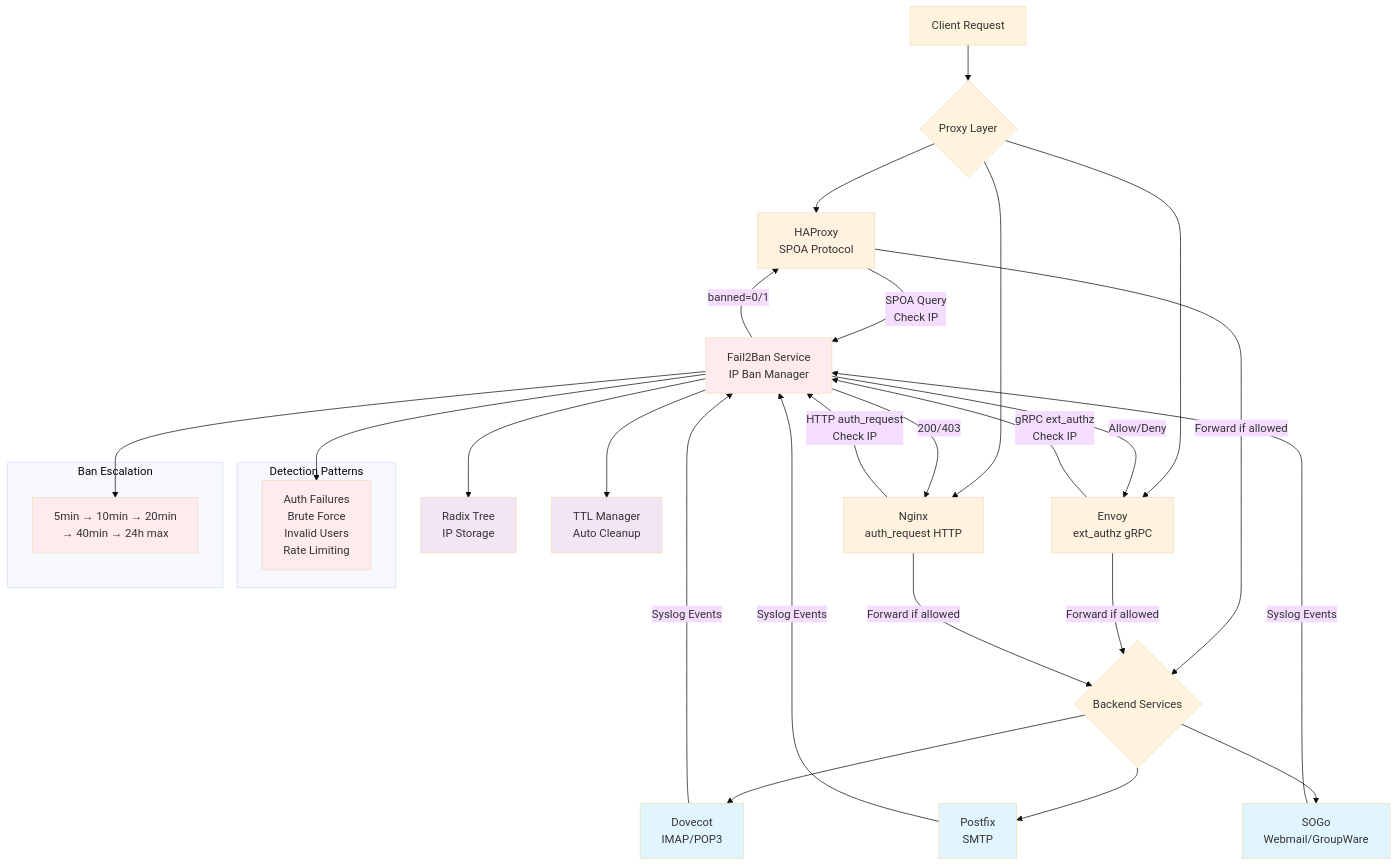
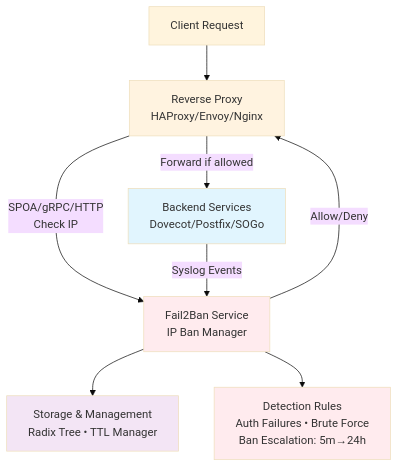
The diagram in README.md (CaboneMailServer/WebFail2Ban), drawn with Mermaid (base theme) before and after one commit. The commit also changed 2 other files, not shown here.

````diff
--- a/README.md
+++ b/README.md
@@ -25,53 +25,24 @@
 ```mermaid
 flowchart TB
-    Client[Client Request] --> Proxy{Proxy Layer}
+    Client[Client Request] --> ReverseProxy[Reverse Proxy<br/>HAProxy/Envoy/Nginx]
 
-    Proxy --> HAProxy[HAProxy<br/>SPOA Protocol]
-    Proxy --> Envoy[Envoy<br/>ext_authz gRPC]
-    Proxy --> Nginx[Nginx<br/>auth_request HTTP]
+    ReverseProxy -->|SPOA/gRPC/HTTP<br/>Check IP| Fail2Ban[Fail2Ban Service<br/>IP Ban Manager]
+    Fail2Ban -->|Allow/Deny| ReverseProxy
 
-    HAProxy -->|SPOA Query<br/>Check IP| Fail2Ban[Fail2Ban Service<br/>IP Ban Manager]
-    Envoy -->|gRPC ext_authz<br/>Check IP| Fail2Ban
-    Nginx -->|HTTP auth_request<br/>Check IP| Fail2Ban
+    ReverseProxy -->|Forward if allowed| Backend[Backend Services<br/>Dovecot/Postfix/SOGo]
 
-    Fail2Ban -->|banned=0/1| HAProxy
-    Fail2Ban -->|Allow/Deny| Envoy
-    Fail2Ban -->|200/403| Nginx
+    Backend -->|Syslog Events| Fail2Ban
 
-    HAProxy -->|Forward if allowed| Backend{Backend Services}
-    Envoy -->|Forward if allowed| Backend
-    Nginx -->|Forward if allowed| Backend
-
-    Backend --> Dovecot[Dovecot<br/>IMAP/POP3]
-    Backend --> Postfix[Postfix<br/>SMTP]
-    Backend --> SOGo[SOGo<br/>Webmail/GroupWare]
-
-    Dovecot -->|Syslog Events| Fail2Ban
-    Postfix -->|Syslog Events| Fail2Ban
-    SOGo -->|Syslog Events| Fail2Ban
-
-    Fail2Ban --> RadixTree[Radix Tree<br/>IP Storage]
-    Fail2Ban --> TTLManager[TTL Manager<br/>Auto Cleanup]
-
-    subgraph "Detection Patterns"
-        Patterns[Auth Failures<br/>Brute Force<br/>Invalid Users<br/>Rate Limiting]
-    end
-
-    Fail2Ban --> Patterns
-
-    subgraph "Ban Escalation"
-        Escalation[5min → 10min → 20min<br/>→ 40min → 24h max]
-    end
-
-    Fail2Ban --> Escalation
+    Fail2Ban --> Storage[Storage & Management<br/>Radix Tree • TTL Manager]
+    Fail2Ban --> Rules[Detection Rules<br/>Auth Failures • Brute Force<br/>Ban Escalation: 5m→24h]
 
     classDef service fill:#e1f5fe
     classDef security fill:#ffebee
     classDef storage fill:#f3e5f5
     classDef proxy fill:#fff3e0
 
-    class Dovecot,Postfix,SOGo service
-    class HAProxy,Envoy,Nginx proxy
-    class Fail2Ban,Patterns,Escalation security
-    class RadixTree,TTLManager storage
+    class Backend service
+    class ReverseProxy proxy
+    class Fail2Ban,Rules security
+    class Storage storage
 ```
````
